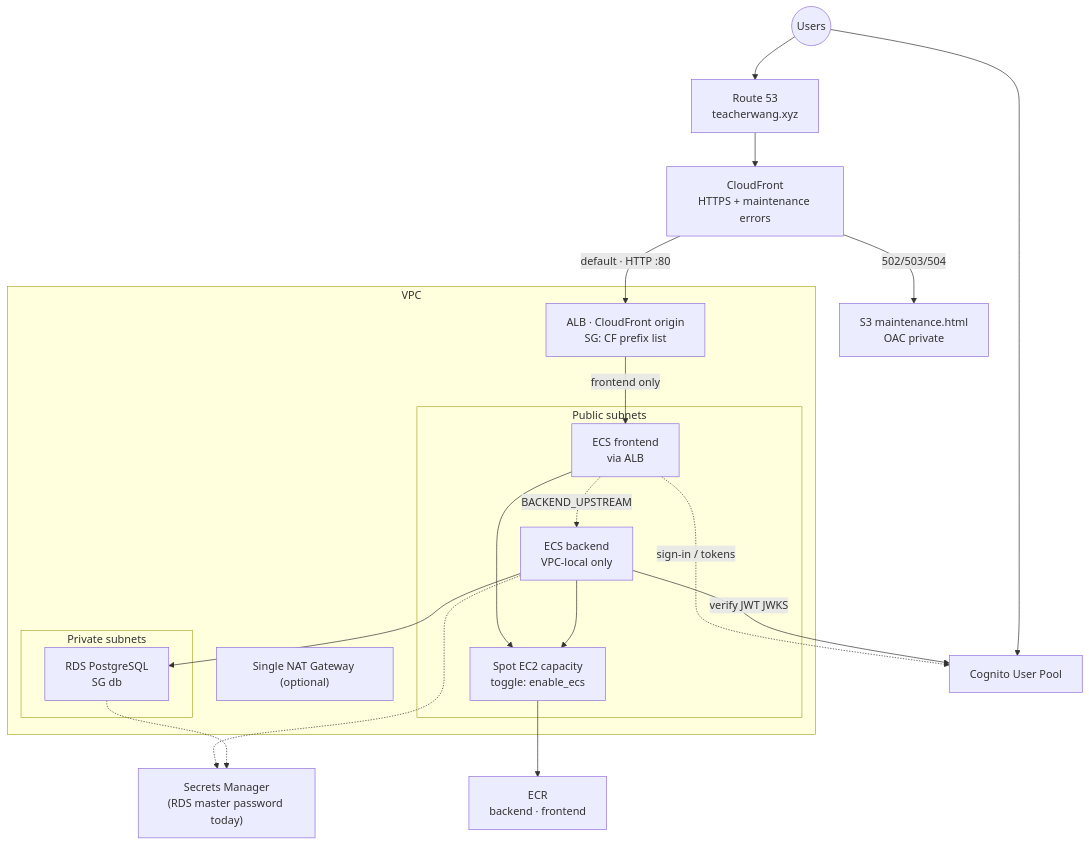
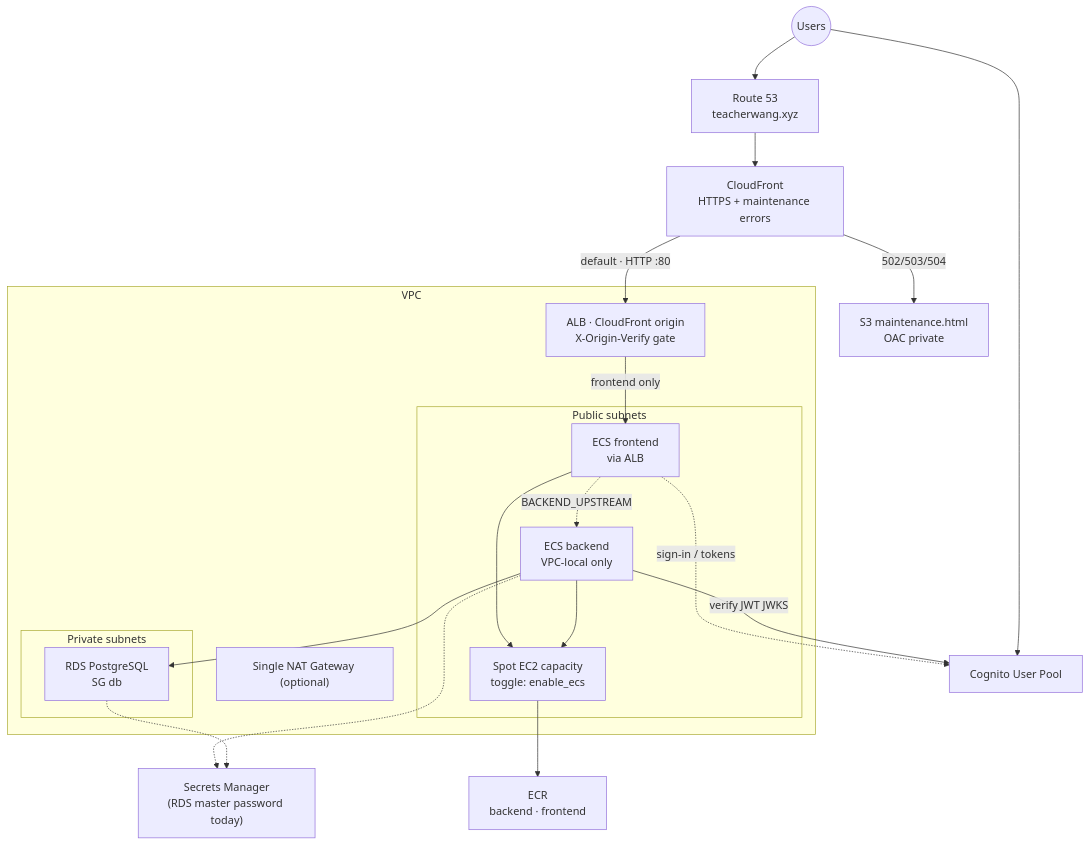
The eighth of 9 diagrams in docs/architecture.md (mazarsju/teacher-wang-infra), drawn with Mermaid before and after one commit. The commit also changed other lines of this file and 7 other files, not shown here.

Commit message:
Implement CloudFront origin verification with X-Origin-Verify header; update ALB listener rules and security group configurations accordingly. Add random password resource for secret management and adjust architecture documentation to reflect changes.

````diff
--- a/docs/architecture.md
+++ b/docs/architecture.md
@@ -283,45 +283,45 @@
 ```mermaid
 flowchart TB
   Users((Users))
 
   R53["Route 53<br/>teacherwang.xyz"]
   CF["CloudFront<br/>HTTPS + maintenance errors"]
   MaintS3["S3 maintenance.html<br/>OAC private"]
 
   Users --> R53
   R53 --> CF
   CF -->|default · HTTP :80| ALB
   CF -->|502/503/504| MaintS3
 
   subgraph VPC["VPC"]
-    ALB["ALB · CloudFront origin<br/>SG: CF prefix list"]
+    ALB["ALB · CloudFront origin<br/>X-Origin-Verify gate"]
 
     subgraph Public["Public subnets"]
       FE["ECS frontend<br/>via ALB"]
       BE["ECS backend<br/>VPC-local only"]
       ECS["Spot EC2 capacity<br/>toggle: enable_ecs"]
     end
 
     subgraph Private["Private subnets"]
       RDS["RDS PostgreSQL<br/>SG db"]
     end
 
     NAT["Single NAT Gateway (optional)"]
   end
 
   ECR["ECR<br/>backend · frontend"]
   Cognito["Cognito User Pool"]
   SM["Secrets Manager<br/>(RDS master password today)"]
 
   Users --> Cognito
   FE -.->|sign-in / tokens| Cognito
   ALB -->|frontend only| FE
   FE -.->|BACKEND_UPSTREAM| BE
   BE -->|verify JWT JWKS| Cognito
   BE --> RDS
   FE --> ECS
   BE --> ECS
   ECS --> ECR
   BE -.-> SM
   RDS -.-> SM
 ```
````
